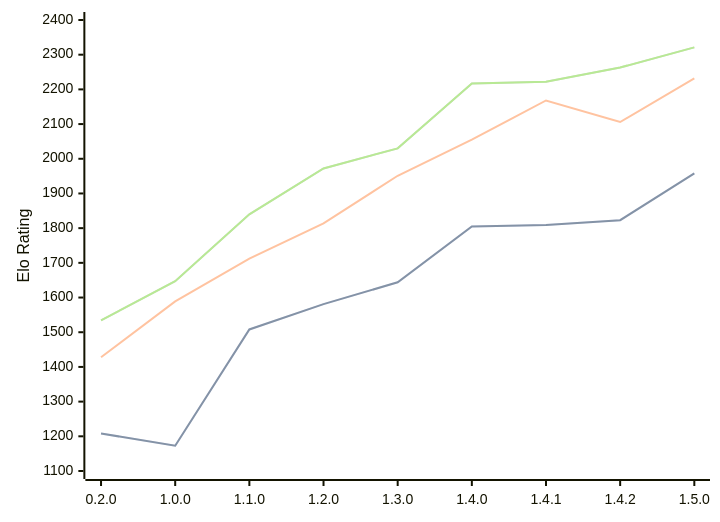
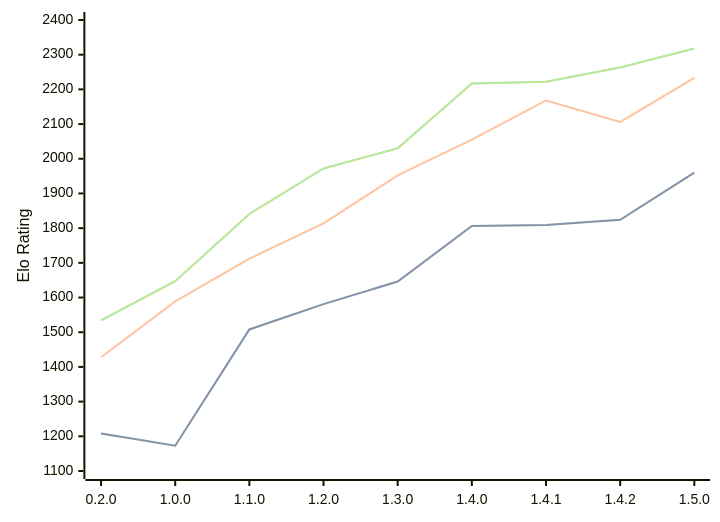
One commit to computer-chess-index/cci changed the diagram in engines/Zeppelin.md. Above: the diagram before and after it, drawn with Mermaid. The commit also changed other lines of this file, not shown here.

Commit message:
Update CCI Ratings (ELO VLTC) - 2026-05-15

````diff
--- a/engines/Zeppelin.md
+++ b/engines/Zeppelin.md
@@ -41,11 +41,11 @@
 ```mermaid
 %%{init: {"theme":"base","themeVariables":{"seriesColors:['#a3a3a3','#222221','#faa371']}}}%%
 xychart-beta
   x-axis ["0.2.0", "1.0.0", "1.1.0", "1.2.0", "1.3.0", "1.4.0", "1.4.1", "1.4.2", "1.5.0"]
   y-axis "Elo Rating" 1100 --> 2400
-  line "STC (8.0+0.08s)" [1208, 1173, 1508, 1581, 1644, 1805, 1809, 1823, 1958]
-  line "STC (8.0+0.08s)" [1208, 1173, 1508, 1581, 1644, 1805, 1809, 1823, 1958]
-  line "LTC (60.0+0.60s)" [1428, 1589, 1712, 1814, 1951, 2055, 2168, 2106, 2232]
-  line "VLTC (2m24s+1.12s)" [1534, 1647, 1840, 1972, 2030, 2217, 2222, 2263, 2321]
-  line "VLTC (2m24s+1.12s)" [1534, 1647, 1840, 1972, 2030, 2217, 2222, 2263, 2321]
+  line "STC (8.0+0.08s)" [1208, 1173, 1508, 1581, 1646, 1806, 1809, 1824, 1960]
+  line "STC (8.0+0.08s)" [1208, 1173, 1508, 1581, 1646, 1806, 1809, 1824, 1960]
+  line "LTC (60.0+0.60s)" [1428, 1589, 1712, 1814, 1952, 2055, 2168, 2106, 2233]
+  line "VLTC (2m24s+1.12s)" [1534, 1647, 1841, 1972, 2030, 2217, 2222, 2263, 2318]
+  line "VLTC (2m24s+1.12s)" [1534, 1647, 1841, 1972, 2030, 2217, 2222, 2263, 2318]
 ```
````
